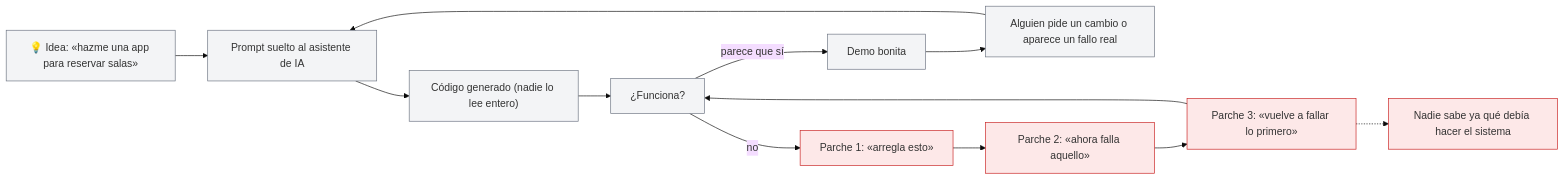
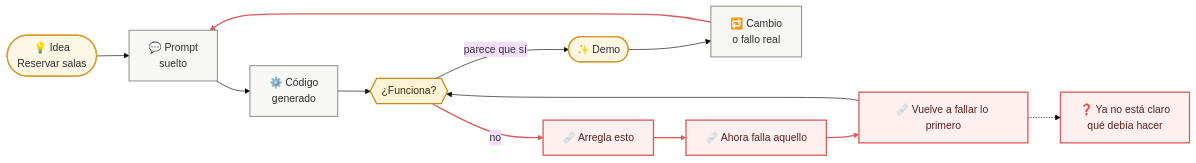
Before and after one commit to antroc/charla-sdd: the first of 2 diagrams in diagramas/01-vibe-coding-vs-sdd.md, drawn with Mermaid (base theme). The commit also changed other lines of this file and 5 other files, not shown here.

Commit message:
Mejorar visualmente los diagramas Mermaid

````diff
--- a/diagramas/01-vibe-coding-vs-sdd.md
+++ b/diagramas/01-vibe-coding-vs-sdd.md
@@ -13,18 +13,28 @@
 ```mermaid
 flowchart LR
-  idea["💡 Idea: «hazme una app para reservar salas»"] --> prompt["Prompt suelto al asistente de IA"]
-  prompt --> codigo["Código generado (nadie lo lee entero)"]
-  codigo --> prueba["¿Funciona?"]
-  prueba -->|"parece que sí"| demo["Demo bonita"]
-  demo --> cambio["Alguien pide un cambio o aparece un fallo real"]
+  idea(["💡 Idea<br/>Reservar salas"]) --> prompt["💬 Prompt<br/>suelto"]
+  prompt --> codigo["⚙️ Código<br/>generado"]
+  codigo --> prueba{{"¿Funciona?"}}
+
+  prueba -->|"parece que sí"| demo(["✨ Demo"])
+  demo --> cambio["🔁 Cambio<br/>o fallo real"]
   cambio --> prompt
-  prueba -->|"no"| parche1["Parche 1: «arregla esto»"]
-  parche1 --> parche2["Parche 2: «ahora falla aquello»"]
-  parche2 --> parche3["Parche 3: «vuelve a fallar lo primero»"]
-  parche3 --> prueba
-  parche3 -.-> nadie["Nadie sabe ya qué debía hacer el sistema"]
-  classDef trampa fill:#FDE8E8,stroke:#C81E1E;
-  classDef neutro fill:#F3F4F6,stroke:#6B7280;
-  class parche1,parche2,parche3,nadie trampa;
-  class idea,prompt,codigo,prueba,demo,cambio neutro;
+
+  prueba -->|"no"| p1["🩹 Arregla esto"]
+  p1 --> p2["🩹 Ahora falla aquello"]
+  p2 --> p3["🩹 Vuelve a fallar lo primero"]
+  p3 --> prueba
+  p3 -.-> nadie["❓ Ya no está claro<br/>qué debía hacer"]
+
+  classDef start fill:#FFF7E6,stroke:#D89B2B,stroke-width:2px,color:#2D2D2D;
+  classDef neutral fill:#F7F7F5,stroke:#8A8A84,stroke-width:1.5px,color:#2D2D2D;
+  classDef danger fill:#FFF0F0,stroke:#D95C5C,stroke-width:2px,color:#5A2020;
+  classDef decision fill:#FFF4D8,stroke:#C88A1C,stroke-width:2px,color:#3D2A00;
+
+  class idea,demo start;
+  class prompt,codigo,cambio neutral;
+  class prueba decision;
+  class p1,p2,p3,nadie danger;
+
+  linkStyle 5,6,7,8 stroke:#D95C5C,stroke-width:2px;
 ```
````
